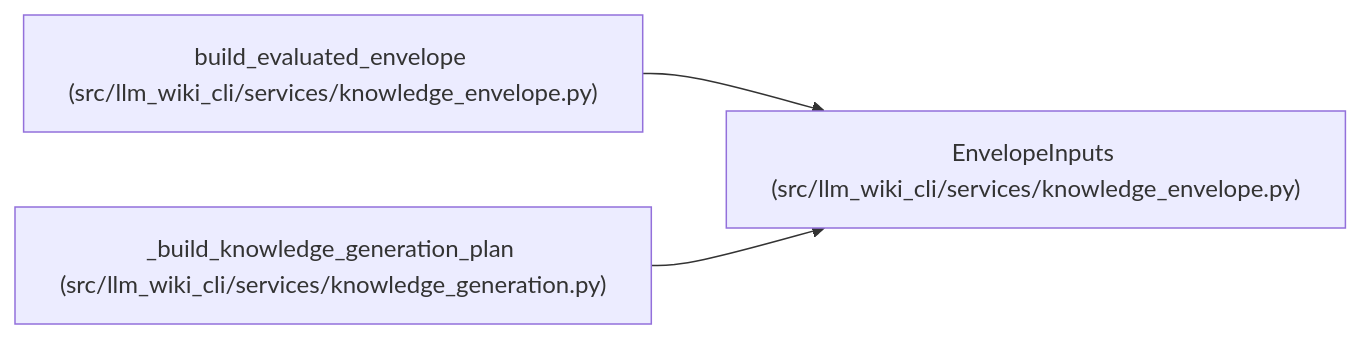
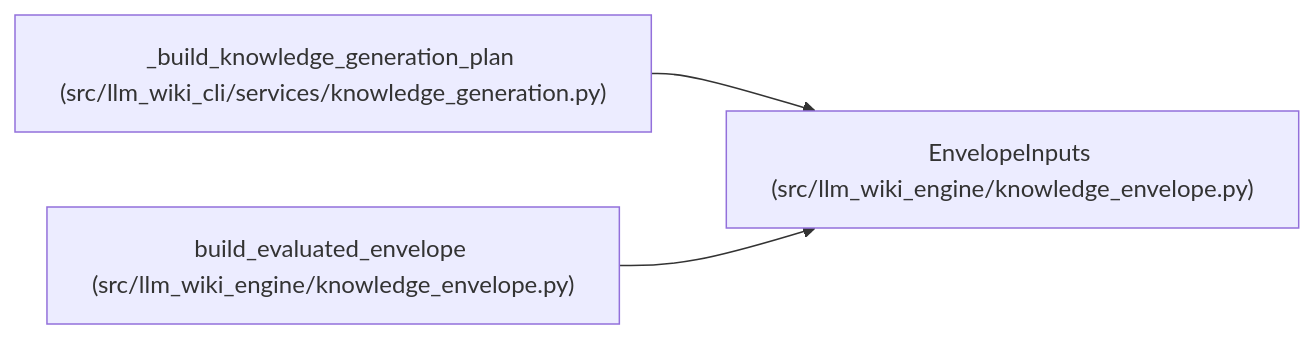
One commit to Denissvgn/python-wiki-llm changed the diagram in docs/llm_wiki/entities/EnvelopeInputs.md. Above: the diagram before and after it, drawn with Mermaid. The commit also changed other lines of this file and 1058 other files, not shown here.

First line of the commit message:
docs: refresh the wiki for the knowledge store move

````diff
--- a/docs/llm_wiki/entities/EnvelopeInputs.md
+++ b/docs/llm_wiki/entities/EnvelopeInputs.md
@@ -40,11 +40,11 @@
 ```mermaid
 flowchart LR
-    n0["EnvelopeInputs (src/llm_wiki_cli/services/knowledge_envelope.py)"]
-    n1["build_evaluated_envelope (src/llm_wiki_cli/services/knowledge_envelope.py)"]
-    n2["_build_knowledge_generation_plan (src/llm_wiki_cli/services/knowledge_generation.py)"]
+    n0["EnvelopeInputs (src/llm_wiki_engine/knowledge_envelope.py)"]
+    n1["_build_knowledge_generation_plan (src/llm_wiki_cli/services/knowledge_generation.py)"]
+    n2["build_evaluated_envelope (src/llm_wiki_engine/knowledge_envelope.py)"]
     n1 --> n0
     n2 --> n0
     click n0 "../modules/knowledge_envelope.md"
-    click n1 "../modules/knowledge_envelope.md"
-    click n2 "../modules/knowledge_generation.md"
+    click n1 "../modules/knowledge_generation.md"
+    click n2 "../modules/knowledge_envelope.md"
 ```
````
